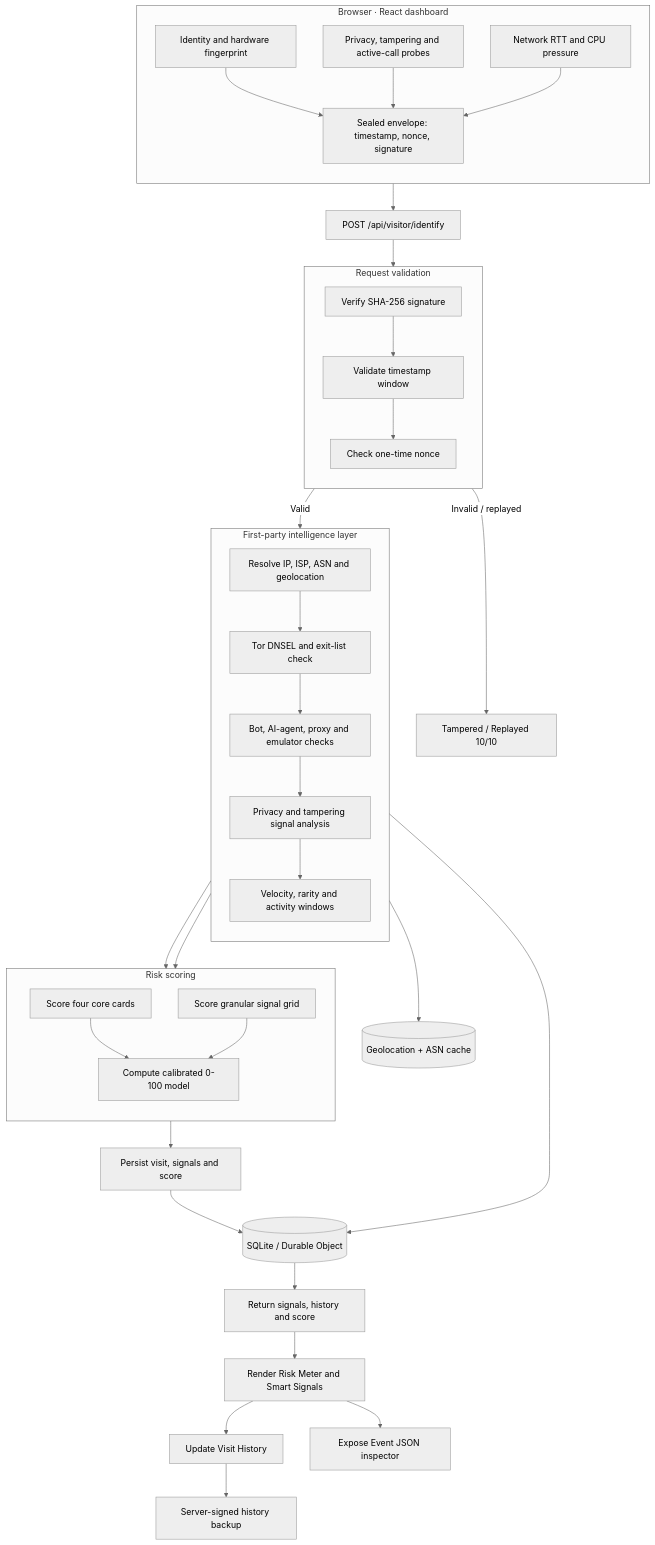
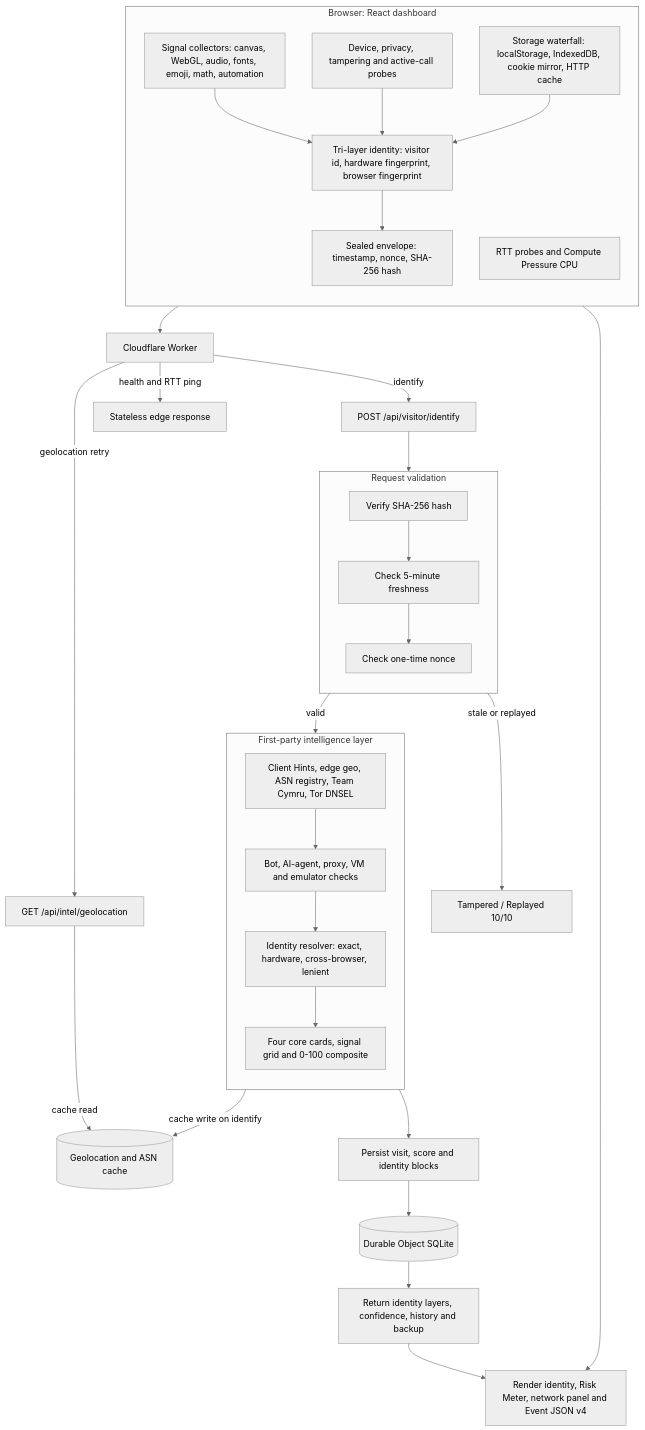
The diagram in README.md (aditya-c7/Intel-System), drawn with Mermaid (neutral theme) before and after one commit. The commit also changed other lines of this file, not shown here.

Commit message:
Update README for tri-layer identity, current detection set and stateless routing

````diff
--- a/README.md
+++ b/README.md
@@ -79,60 +87,45 @@
 ```mermaid
 flowchart TD
-  subgraph Browser["Browser · React dashboard"]
+  subgraph Browser["Browser: React dashboard"]
     direction TB
-    P1["Identity and hardware fingerprint"]
-    P2["Privacy, tampering and active-call probes"]
-    P3["Network RTT and CPU pressure"]
-    P4["Sealed envelope: timestamp, nonce, signature"]
-    P1 --> P4
-    P2 --> P4
-    P3 --> P4
+    C1["Signal collectors: canvas, WebGL, audio, fonts, emoji, math, automation"]
+    C2["Device, privacy, tampering and active-call probes"]
+    C3["RTT probes and Compute Pressure CPU"]
+    C4["Storage waterfall: localStorage, IndexedDB, cookie mirror, HTTP cache"]
+    ID["Tri-layer identity: visitor id, hardware fingerprint, browser fingerprint"]
+    ENV["Sealed envelope: timestamp, nonce, SHA-256 hash"]
+    C1 --> ID
+    C2 --> ID
+    C4 --> ID
+    ID --> ENV
   end
 
-  P4 --> API["POST /api/visitor/identify"]
-
-  subgraph Gateway["Request validation"]
+  subgraph Validate["Request validation"]
     direction TB
-    V1["Verify SHA-256 signature"]
-    V2["Validate timestamp window"]
-    V3["Check one-time nonce"]
-    V1 --> V2 --> V3
+    V1["Verify SHA-256 hash"] --> V2["Check 5-minute freshness"] --> V3["Check one-time nonce"]
   end
-
-  API --> V1
-  V3 -->|"Valid"| Resolve
-  V3 -->|"Invalid / replayed"| Reject["Tampered / Replayed 10/10"]
 
   subgraph Intel["First-party intelligence layer"]
     direction TB
-    Resolve["Resolve IP, ISP, ASN and geolocation"]
-    Tor["Tor DNSEL and exit-list check"]
-    Classify["Bot, AI-agent, proxy and emulator checks"]
-    Privacy["Privacy and tampering signal analysis"]
-    Velocity["Velocity, rarity and activity windows"]
-    Resolve --> Tor --> Classify --> Privacy --> Velocity
+    NET["Client Hints, edge geo, ASN registry, Team Cymru, Tor DNSEL"] --> CLASSIFY["Bot, AI-agent, proxy, VM and emulator checks"]
+    CLASSIFY --> RESOLVE["Identity resolver: exact, hardware, cross-browser, lenient"]
+    RESOLVE --> SCORE["Four core cards, signal grid and 0-100 composite"]
   end
 
-  Resolve --> Geo[("Geolocation + ASN cache")]
-  Velocity --> Store[("SQLite / Durable Object")]
+  ENV --> ROUTE["Cloudflare Worker"]
+  ROUTE -->|"identify"| API["POST /api/visitor/identify"]
+  ROUTE -->|"geolocation retry"| GEOAPI["GET /api/intel/geolocation"]
+  ROUTE -->|"health and RTT ping"| EDGE["Stateless edge response"]
 
-  subgraph Scoring["Risk scoring"]
-    direction TB
-    Cards["Score four core cards"]
-    Grid["Score granular signal grid"]
-    Model["Compute calibrated 0-100 model"]
-    Cards --> Model
-    Grid --> Model
-  end
+  API --> V1
+  V3 -->|"valid"| NET
+  V3 -->|"stale or replayed"| REJECT["Tampered / Replayed 10/10"]
 
-  Velocity --> Cards
-  Velocity --> Grid
-  Model --> Persist["Persist visit, signals and score"]
-  Persist --> Store
-
-  Store --> Response["Return signals, history and score"]
-  Response --> UI["Render Risk Meter and Smart Signals"]
-  UI --> History["Update Visit History"]
-  UI --> JSON["Expose Event JSON inspector"]
-  History --> Backup["Server-signed history backup"]
+  NET -->|"cache write on identify"| GEO[("Geolocation and ASN cache")]
+  GEOAPI -->|"cache read"| GEO
+  SCORE --> PERSIST["Persist visit, score and identity blocks"]
+  PERSIST --> DO[("Durable Object SQLite")]
+  DO --> RESPONSE["Return identity layers, confidence, history and backup"]
+  RESPONSE --> UI["Render identity, Risk Meter, network panel and Event JSON v4"]
+  C3 --> UI
 ```
````
